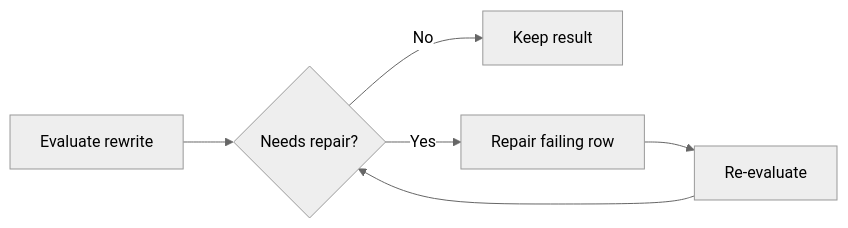
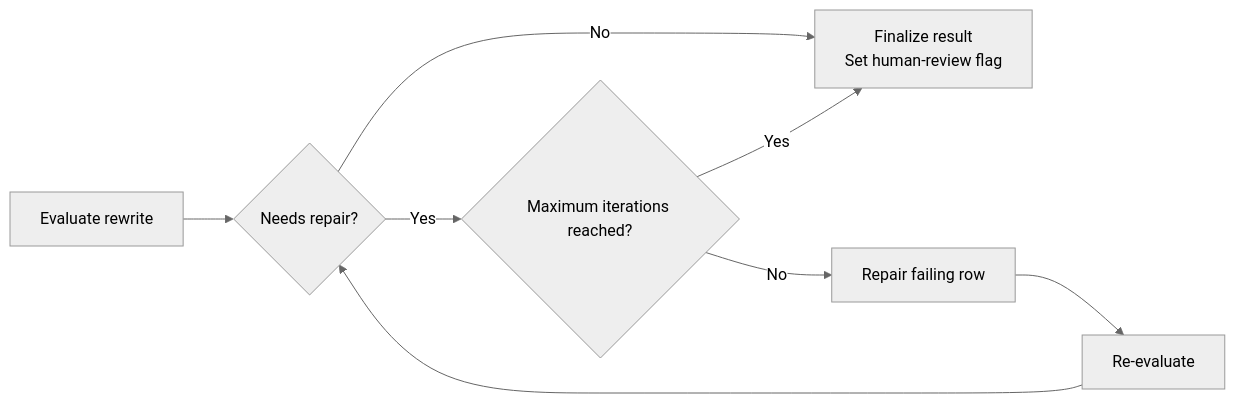
The second of 2 diagrams in docs/devnotes/posts/evaluation-anonymizer-rewrite.md (NVIDIA-NeMo/Anonymizer), drawn with Mermaid (neutral theme) before and after one commit. The commit also changed other lines of this file, not shown here.

````diff
--- a/docs/devnotes/posts/evaluation-anonymizer-rewrite.md
+++ b/docs/devnotes/posts/evaluation-anonymizer-rewrite.md
@@ -130,8 +146,10 @@
 ```mermaid
 flowchart LR
     A[Evaluate rewrite] --> B{Needs repair?}
-    B -->|No| C[Keep result]
-    B -->|Yes| D[Repair failing row]
+    B -->|No| F[Finalize result<br/>Set human-review flag]
+    B -->|Yes| C{Maximum iterations reached?}
+    C -->|Yes| F
+    C -->|No| D[Repair failing row]
     D --> E[Re-evaluate]
     E --> B
 ```
````
